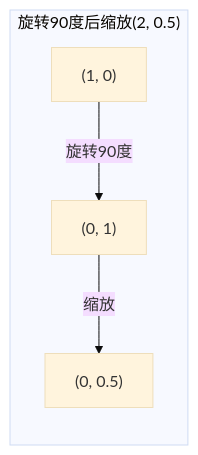
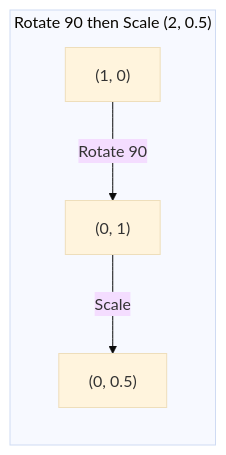
One commit to xiaojiaenen/ai-engineering-from-scratch-zh changed the sixth of 7 diagrams in i18n/zh/phases/01-math-foundations/03-matrix-transformations/docs/zh.md. Above: the diagram before and after it, drawn with Mermaid (base theme). The commit also changed other lines of this file and 22 other files, not shown here.

````diff
--- a/i18n/zh/phases/01-math-foundations/03-matrix-transformations/docs/zh.md
+++ b/i18n/zh/phases/01-math-foundations/03-matrix-transformations/docs/zh.md
@@ -155,6 +155,6 @@
 ```mermaid
 graph LR
-    subgraph Path1["旋转90度后缩放(2, 0.5)"]
-        P1["(1, 0)"] -->|"旋转90度"| P2["(0, 1)"] -->|"缩放"| P3["(0, 0.5)"]
+    subgraph Path1["Rotate 90 then Scale (2, 0.5)"]
+        P1["(1, 0)"] -->|"Rotate 90"| P2["(0, 1)"] -->|"Scale"| P3["(0, 0.5)"]
     end
 ```
````
